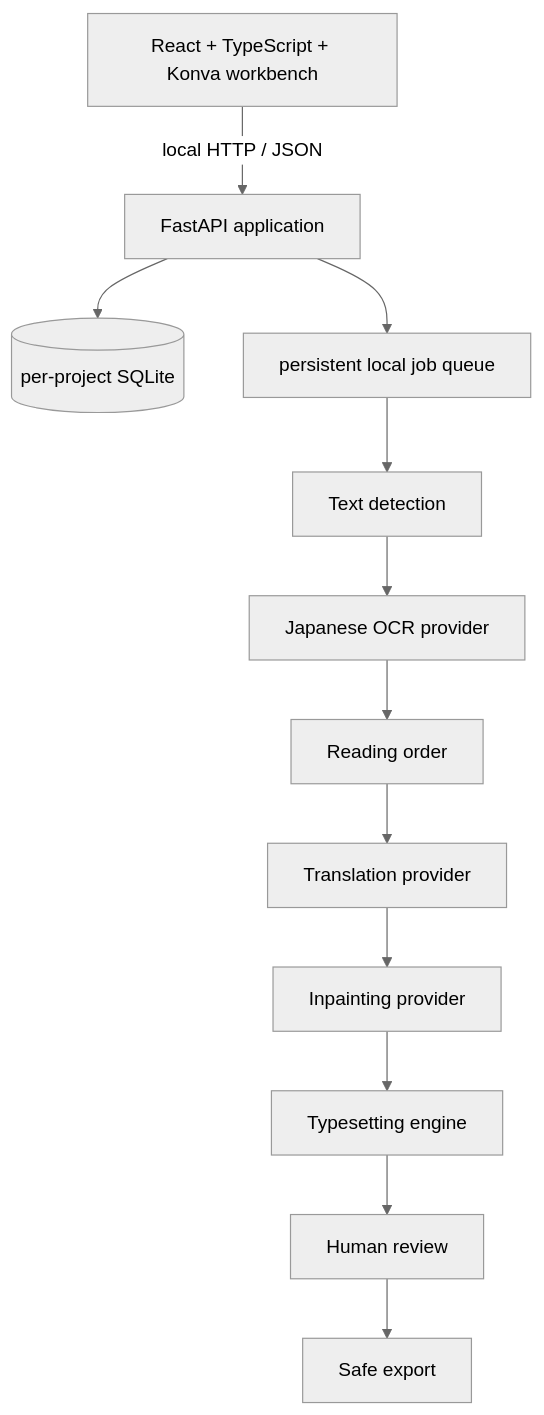
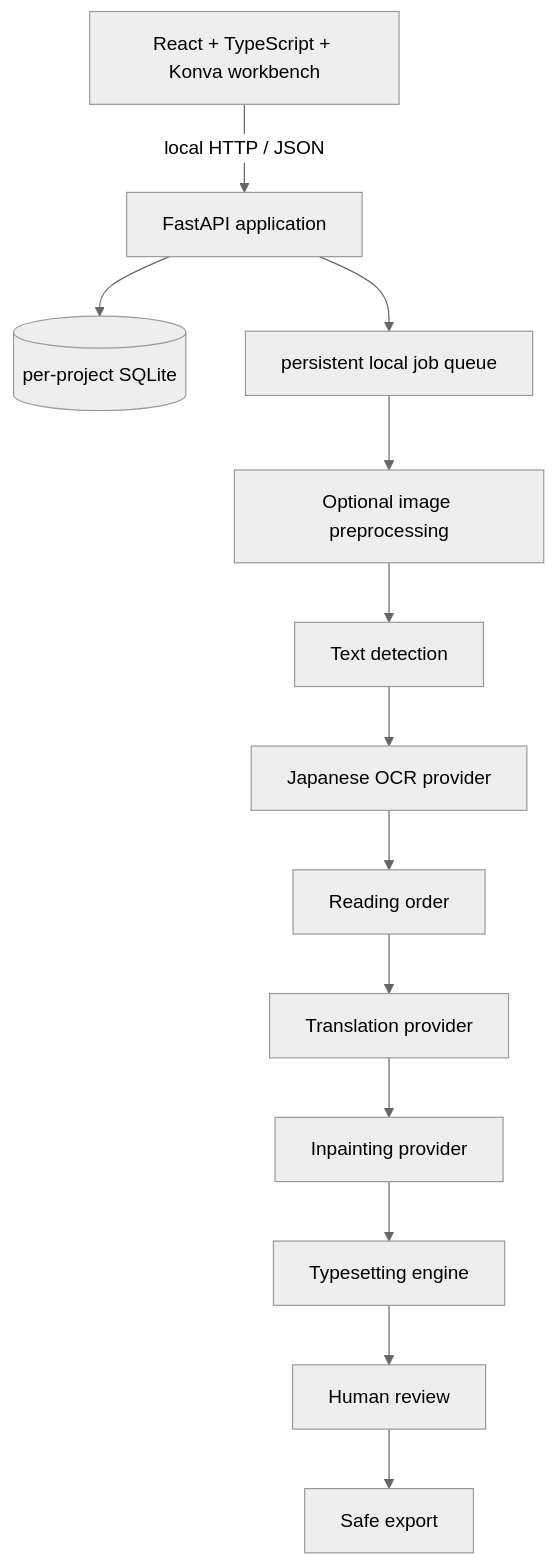
One commit to alalapi-0/manga-localizer changed the diagram in README.md. Above: the diagram before and after it, drawn with Mermaid (neutral theme). The commit also changed other lines of this file and 57 other files, not shown here.

````diff
--- a/README.md
+++ b/README.md
@@ -40,14 +52,15 @@
 ```mermaid
 flowchart TB
   UI[React + TypeScript + Konva workbench] -->|local HTTP / JSON| API[FastAPI application]
   API --> DB[(per-project SQLite)]
   API --> Queue[persistent local job queue]
-  Queue --> D[Text detection]
+  Queue --> P[Optional image preprocessing]
+  P --> D[Text detection]
   D --> O[Japanese OCR provider]
   O --> R[Reading order]
   R --> T[Translation provider]
   T --> I[Inpainting provider]
   I --> Y[Typesetting engine]
   Y --> V[Human review]
   V --> E[Safe export]
 ```
````
